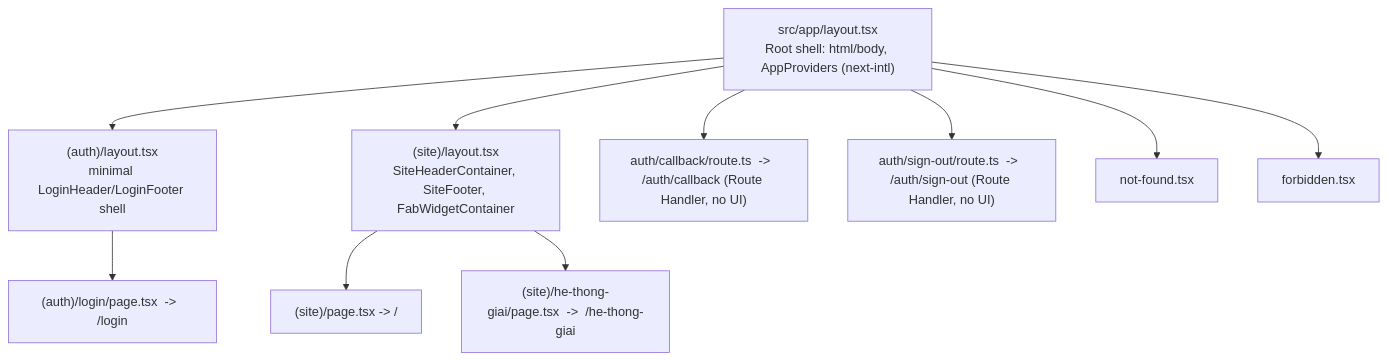
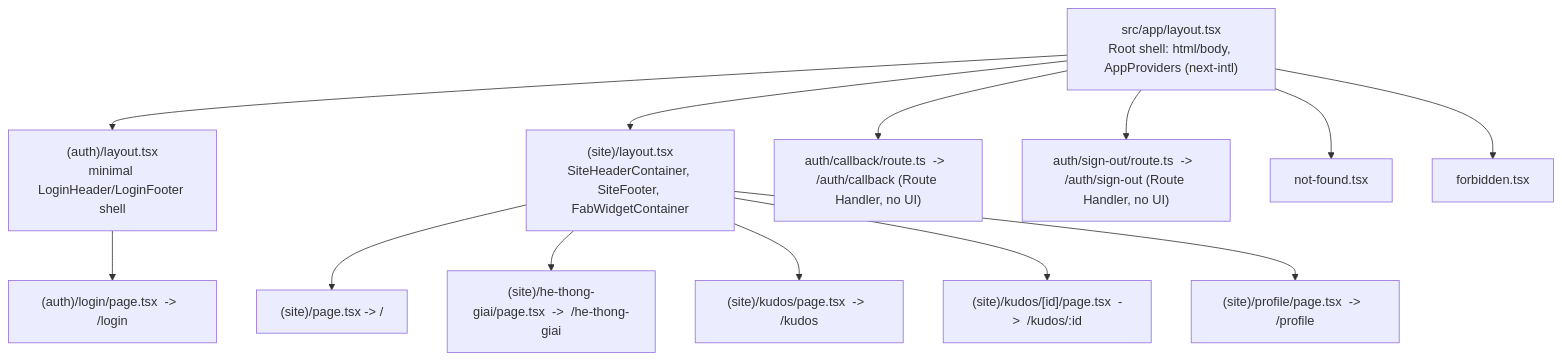
The second of 8 diagrams in docs/system/architecture.md (phidq-2581/saa-2025-web), drawn with Mermaid before and after one commit. The commit also changed other lines of this file and 26 other files, not shown here.

````diff
--- a/docs/system/architecture.md
+++ b/docs/system/architecture.md
@@ -58,13 +78,16 @@
 ```mermaid
 graph TD
     Root["src/app/layout.tsx<br/>Root shell: html/body, AppProviders (next-intl)"]
     Root --> AuthLayout["(auth)/layout.tsx<br/>minimal LoginHeader/LoginFooter shell"]
     Root --> SiteLayout["(site)/layout.tsx<br/>SiteHeaderContainer, SiteFooter, FabWidgetContainer"]
     AuthLayout --> LoginPage["(auth)/login/page.tsx  -&gt;  /login"]
     SiteLayout --> HomePage["(site)/page.tsx  -&gt;  /"]
     SiteLayout --> AwardsPage["(site)/he-thong-giai/page.tsx  -&gt;  /he-thong-giai"]
+    SiteLayout --> KudosBoardPage["(site)/kudos/page.tsx  -&gt;  /kudos"]
+    SiteLayout --> KudosDetailPage["(site)/kudos/[id]/page.tsx  -&gt;  /kudos/:id"]
+    SiteLayout --> ProfilePage["(site)/profile/page.tsx  -&gt;  /profile"]
     Root --> CallbackRoute["auth/callback/route.ts  -&gt;  /auth/callback (Route Handler, no UI)"]
     Root --> SignOutRoute["auth/sign-out/route.ts  -&gt;  /auth/sign-out (Route Handler, no UI)"]
     Root --> NotFound["not-found.tsx"]
     Root --> Forbidden["forbidden.tsx"]
 ```
````
